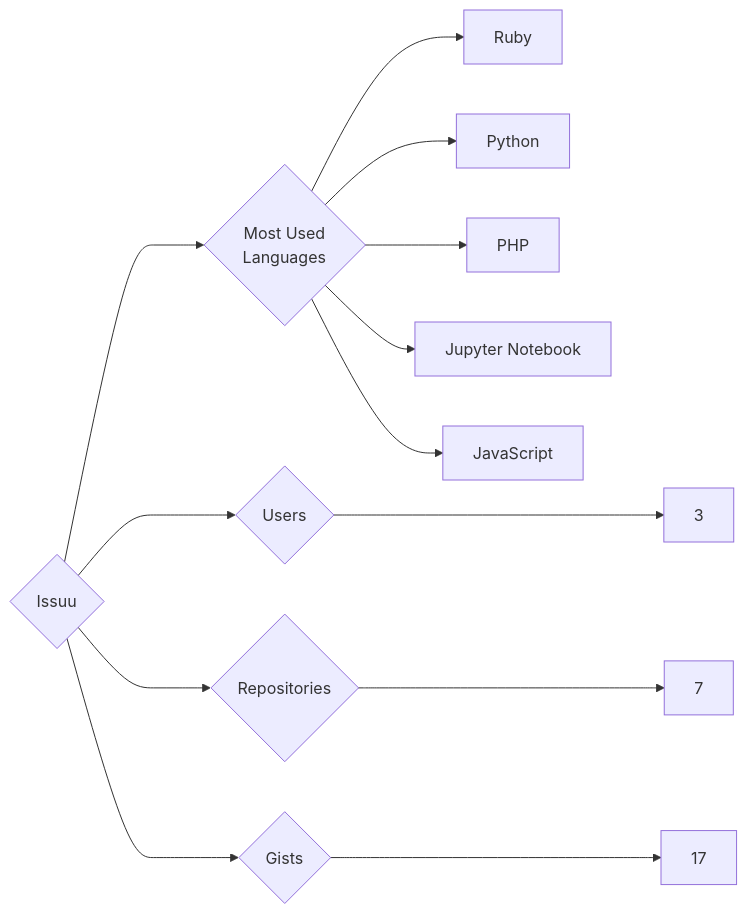
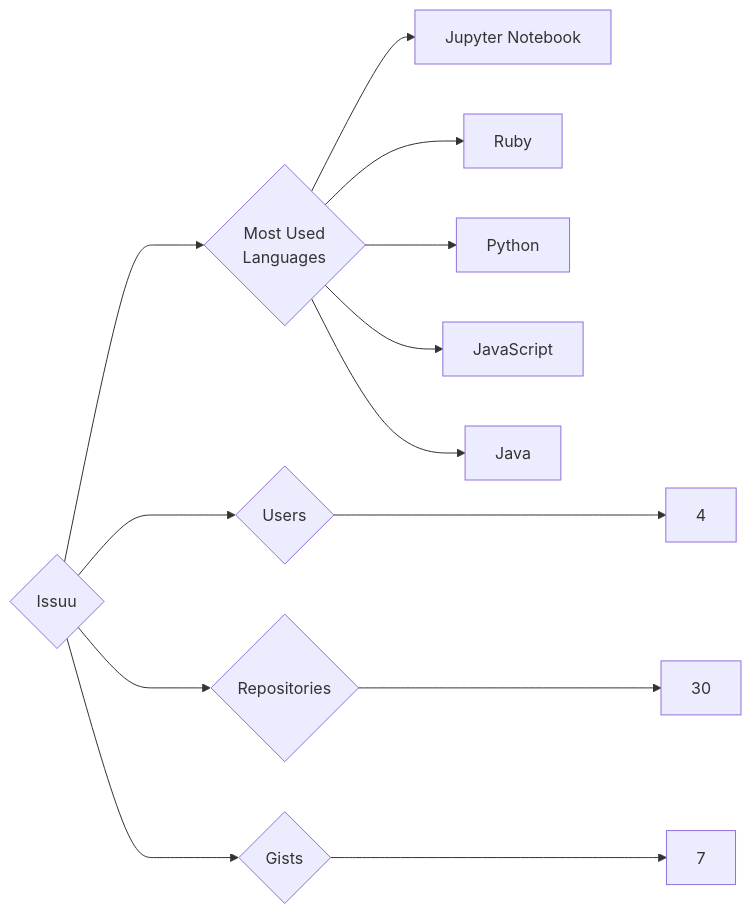
Before and after one commit to trickest/insiders: the diagram in targets/Issuu/README.md, drawn with Mermaid. The commit also changed 1166 other files, not shown here.

````diff
--- a/targets/Issuu/README.md
+++ b/targets/Issuu/README.md
@@ -3,13 +3,13 @@
 ```mermaid
 graph LR
 COMPANY_NAME{Issuu}
-COMPANY_NAME ---> U{Users} ---> UN[3]
-COMPANY_NAME ---> R{Repositories} ---> RN[7]
-COMPANY_NAME ---> G{Gists} ---> GN[17]
+COMPANY_NAME ---> U{Users} ---> UN[4]
+COMPANY_NAME ---> R{Repositories} ---> RN[30]
+COMPANY_NAME ---> G{Gists} ---> GN[7]
 COMPANY_NAME ---> ML{Most Used<br>Languages}
+ML --> Jupyter_Notebook[Jupyter Notebook]
 ML --> Ruby[Ruby]
 ML --> Python[Python]
-ML --> PHP[PHP]
-ML --> Jupyter_Notebook[Jupyter Notebook]
 ML --> JavaScript[JavaScript]
+ML --> Java[Java]
 ```
````
